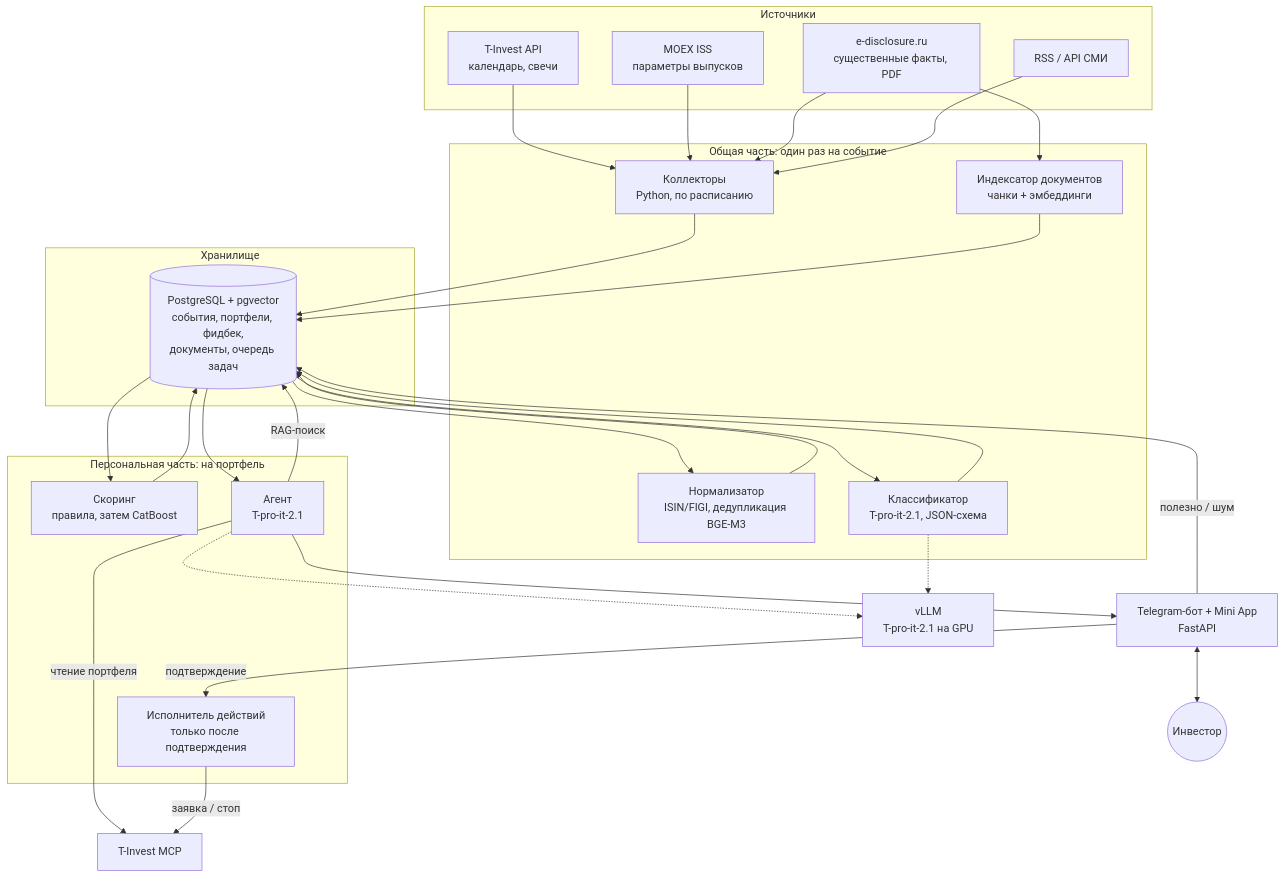
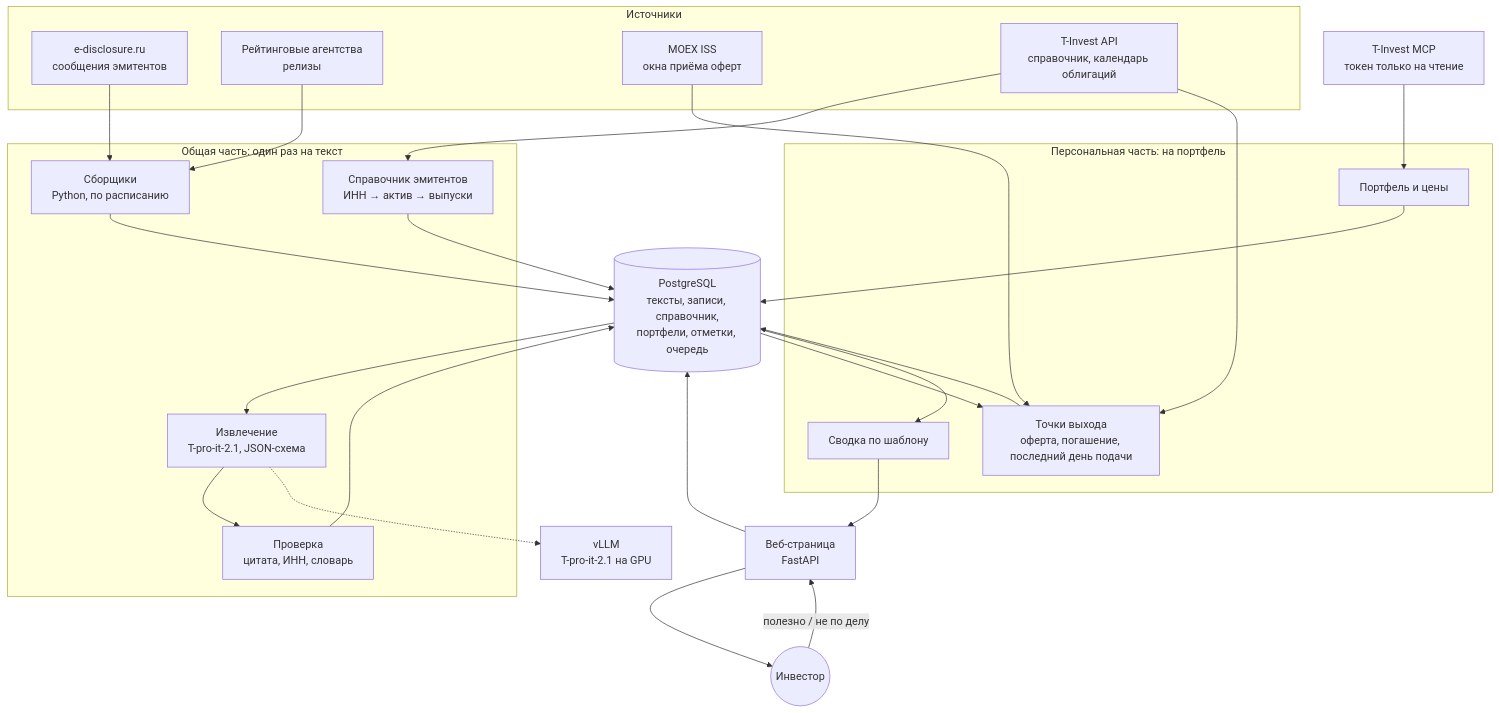
The first of 3 diagrams in docs/architecture.md (mawarzd/portfolio-event-radar), drawn with Mermaid before and after one commit. The commit also changed other lines of this file and 5 other files, not shown here.

````diff
--- a/docs/architecture.md
+++ b/docs/architecture.md
@@ -10,51 +10,41 @@
 ```mermaid
 flowchart TB
     subgraph SRC["Источники"]
-        TAPI["T-Invest API<br/>календарь, свечи"]
-        ISS["MOEX ISS<br/>параметры выпусков"]
-        DISC["e-disclosure.ru<br/>существенные факты, PDF"]
-        NEWS["RSS / API СМИ"]
+        DISC["e-disclosure.ru<br/>сообщения эмитентов"]
+        RA["Рейтинговые агентства<br/>релизы"]
+        ISS["MOEX ISS<br/>окна приёма оферт"]
+        TAPI["T-Invest API<br/>справочник, календарь облигаций"]
     end
 
-    subgraph SHARED["Общая часть: один раз на событие"]
-        COL["Коллекторы<br/>Python, по расписанию"]
-        NORM["Нормализатор<br/>ISIN/FIGI, дедупликация BGE-M3"]
-        CLS["Классификатор<br/>T-pro-it-2.1, JSON-схема"]
-        IDX["Индексатор документов<br/>чанки + эмбеддинги"]
+    subgraph SHARED["Общая часть: один раз на текст"]
+        COL["Сборщики<br/>Python, по расписанию"]
+        DIR["Справочник эмитентов<br/>ИНН → актив → выпуски"]
+        EXT["Извлечение<br/>T-pro-it-2.1, JSON-схема"]
+        VER["Проверка<br/>цитата, ИНН, словарь"]
     end
 
     subgraph PERSONAL["Персональная часть: на портфель"]
-        SCORE["Скоринг<br/>правила, затем CatBoost"]
-        AGENT["Агент<br/>T-pro-it-2.1"]
-        EXEC["Исполнитель действий<br/>только после подтверждения"]
+        PF["Портфель и цены"]
+        EXIT["Точки выхода<br/>оферта, погашение, последний день подачи"]
+        SUM["Сводка по шаблону"]
     end
 
-    subgraph STORE["Хранилище"]
-        PG[("PostgreSQL + pgvector<br/>события, портфели, фидбек,<br/>документы, очередь задач")]
-    end
-
+    PG[("PostgreSQL<br/>тексты, записи, справочник,<br/>портфели, отметки, очередь")]
     LLM["vLLM<br/>T-pro-it-2.1 на GPU"]
-    MCP["T-Invest MCP"]
-    BOT["Telegram-бот + Mini App<br/>FastAPI"]
+    MCP["T-Invest MCP<br/>токен только на чтение"]
+    WEB["Веб-страница<br/>FastAPI"]
     USER(("Инвестор"))
 
-    TAPI --> COL
-    ISS --> COL
     DISC --> COL
-    NEWS --> COL
+    RA --> COL
     COL --> PG
-    PG --> NORM --> PG
-    PG --> CLS --> PG
-    DISC --> IDX --> PG
-    CLS -.-> LLM
-    PG --> SCORE --> PG
-    PG --> AGENT
-    AGENT -.-> LLM
-    AGENT -->|"чтение портфеля"| MCP
-    AGENT -->|"RAG-поиск"| PG
-    AGENT --> BOT
-    BOT <--> USER
-    BOT -->|"подтверждение"| EXEC
-    EXEC -->|"заявка / стоп"| MCP
-    BOT -->|"полезно / шум"| PG
+    TAPI --> DIR --> PG
+    PG --> EXT --> VER --> PG
+    EXT -.-> LLM
+    MCP --> PF --> PG
+    ISS --> EXIT
+    TAPI --> EXIT
+    PG --> EXIT --> PG
+    PG --> SUM --> WEB --> USER
+    USER -->|"полезно / не по делу"| WEB --> PG
 ```
````
